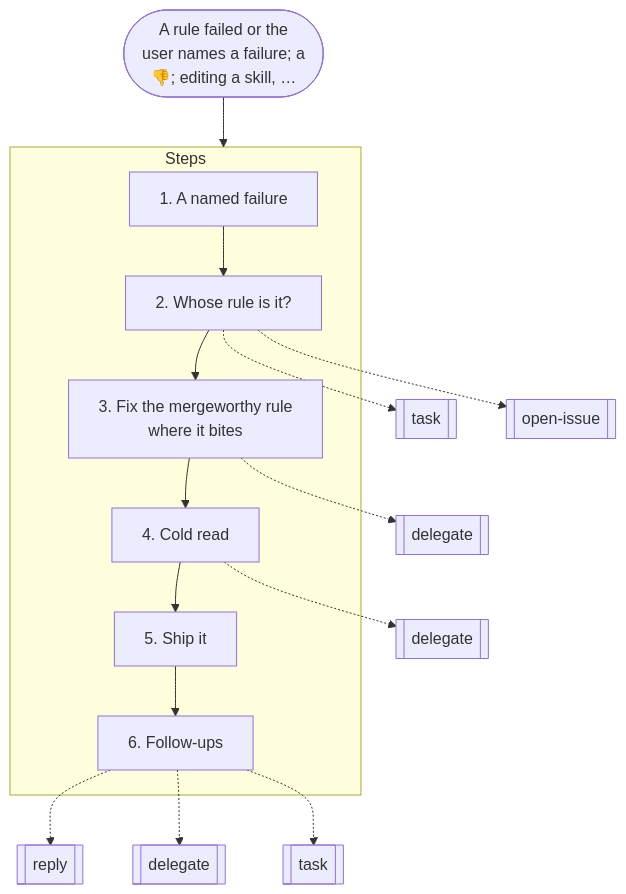
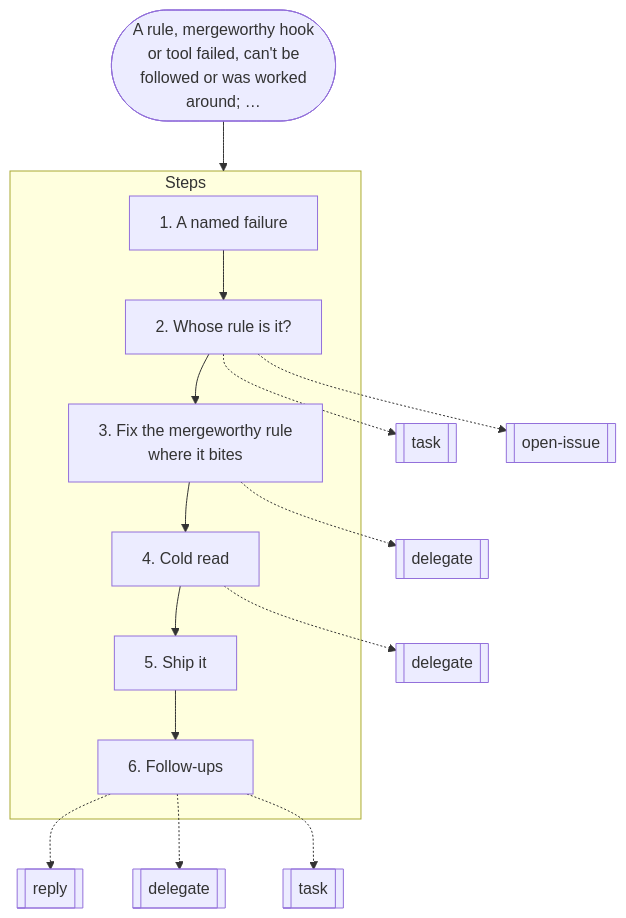
One commit to nitedani/mergeworthy changed the ninth of 19 diagrams in docs/graphs.md. Above: the diagram before and after it, drawn with Mermaid. The commit also changed other lines of this file and 3 other files, not shown here.

Commit message:
A session that can't follow a step, or meets a mergeworthy hook, watcher or tool that fails, opens an issue (#86)

````diff
--- a/docs/graphs.md
+++ b/docs/graphs.md
@@ -238,25 +238,25 @@
 ```mermaid
 flowchart TB
-  start(["A rule failed or the<br/>user names a failure; a<br/>👎; editing a skill, …"])
+  start(["A rule, mergeworthy hook<br/>or tool failed, can't be<br/>followed or was worked<br/>around; …"])
   subgraph g0["Steps"]
     s0["1. A named failure"]
     s1["2. Whose rule is it?"]
     s0 --> s1
     s2["3. Fix the mergeworthy rule<br/>where it bites"]
     s1 --> s2
     s3["4. Cold read"]
     s2 --> s3
     s4["5. Ship it"]
     s3 --> s4
     s5["6. Follow-ups"]
     s4 --> s5
   end
   s1 -.-> r1[["task"]]
   s1 -.-> r2[["open-issue"]]
   s2 -.-> r3[["delegate"]]
   s3 -.-> r4[["delegate"]]
   s5 -.-> r5[["reply"]]
   s5 -.-> r6[["delegate"]]
   s5 -.-> r7[["task"]]
   start --> g0
 ```
````
